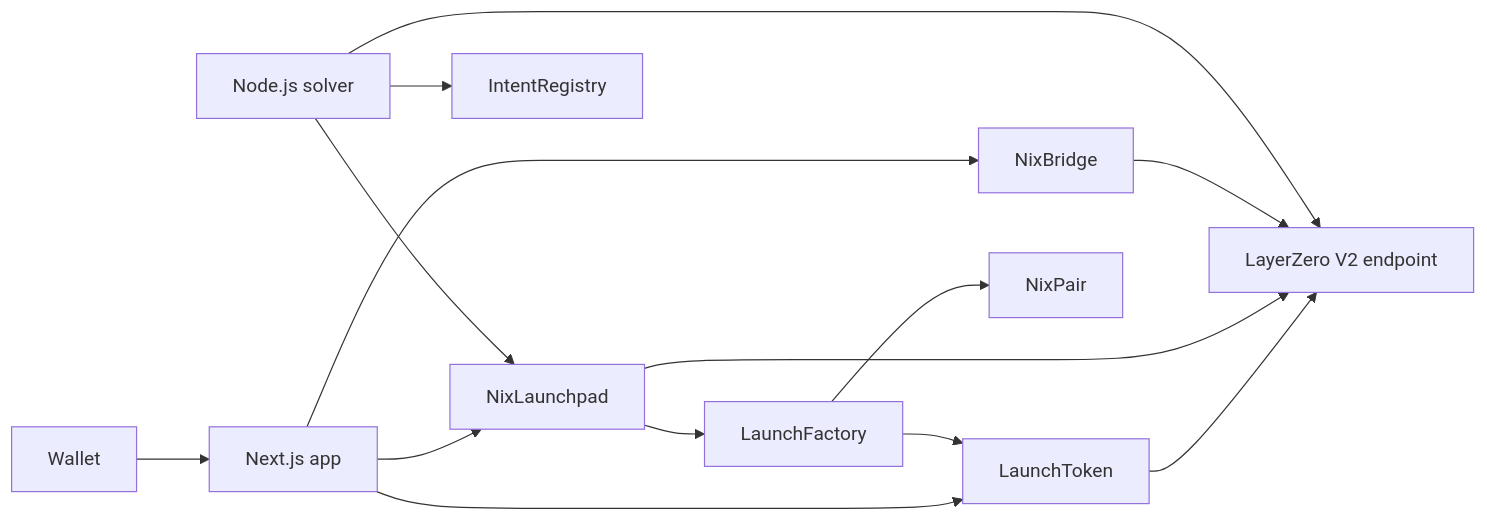
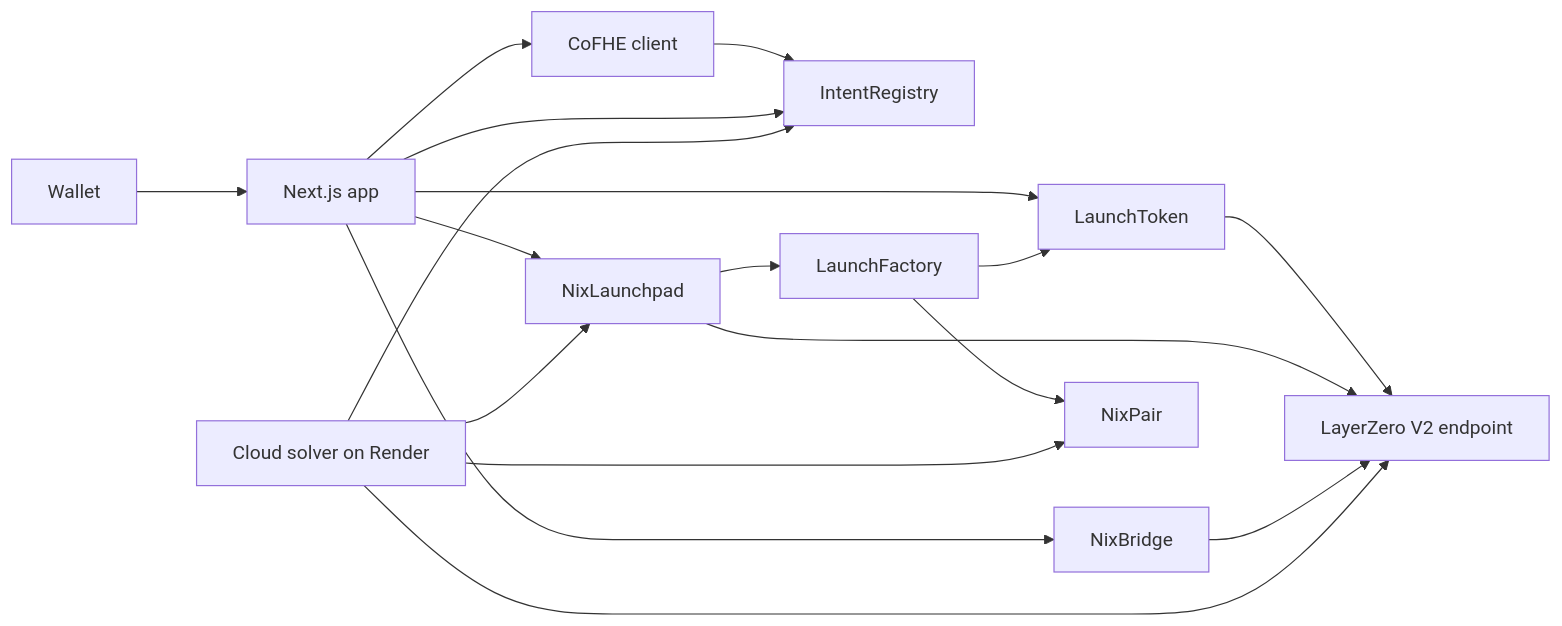
One commit to jubayir-hub-69/NixSwap changed the diagram in README.md. Above: the diagram before and after it, drawn with Mermaid. The commit also changed other lines of this file and 19 other files, not shown here.

````diff
--- a/README.md
+++ b/README.md
@@ -33,16 +280,20 @@
 ```mermaid
 flowchart LR
   Wallet[Wallet] --> App[Next.js app]
+  App --> CoFHE[CoFHE client]
+  CoFHE --> Registry[IntentRegistry]
+  App --> Registry
   App --> Launchpad[NixLaunchpad]
   App --> Bridge[NixBridge]
   App --> Token[LaunchToken]
   Launchpad --> Factory[LaunchFactory]
   Factory --> Token
   Factory --> Pair[NixPair]
   Token --> Endpoint[LayerZero V2 endpoint]
   Launchpad --> Endpoint
   Bridge --> Endpoint
-  Solver[Node.js solver] --> Registry[IntentRegistry]
+  Solver[Cloud solver on Render] --> Registry
+  Solver --> Pair
   Solver --> Launchpad
   Solver --> Endpoint
 ```
````
